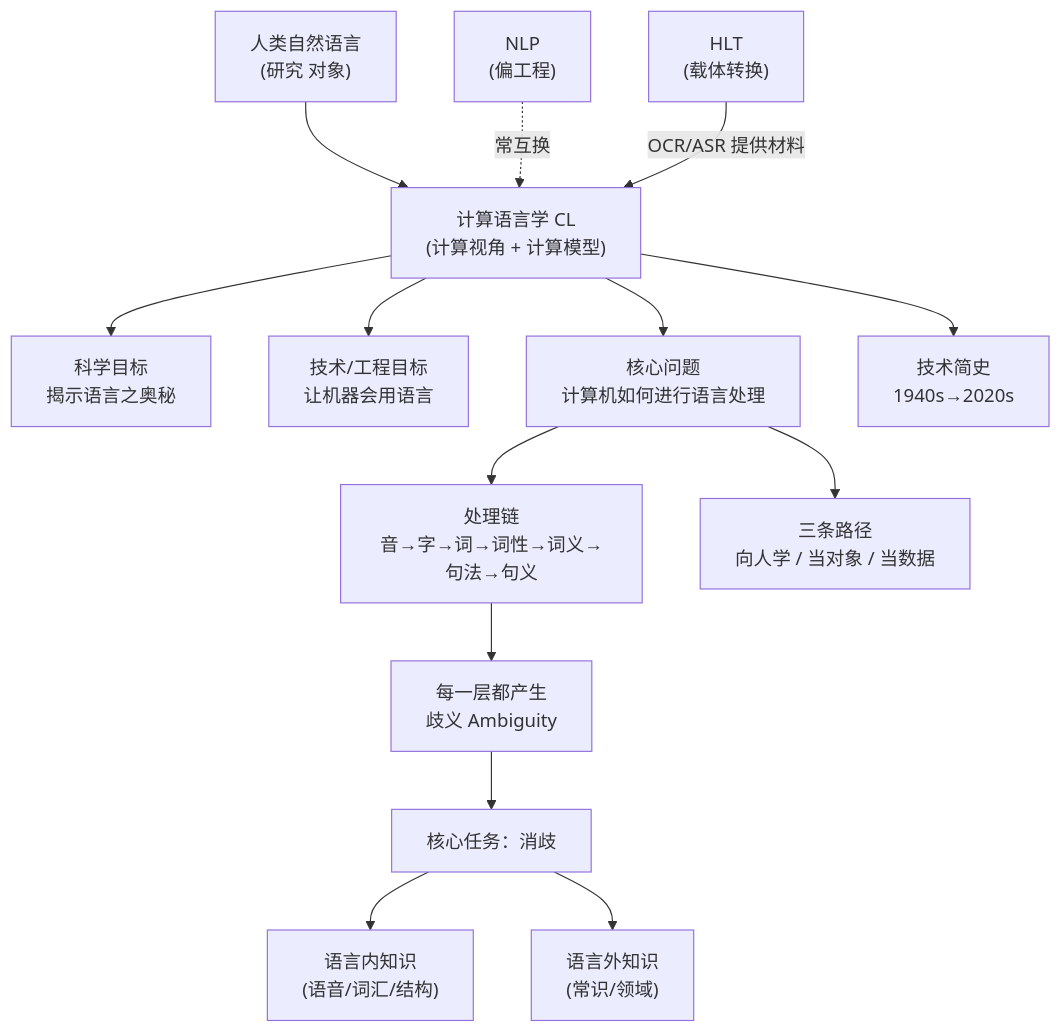
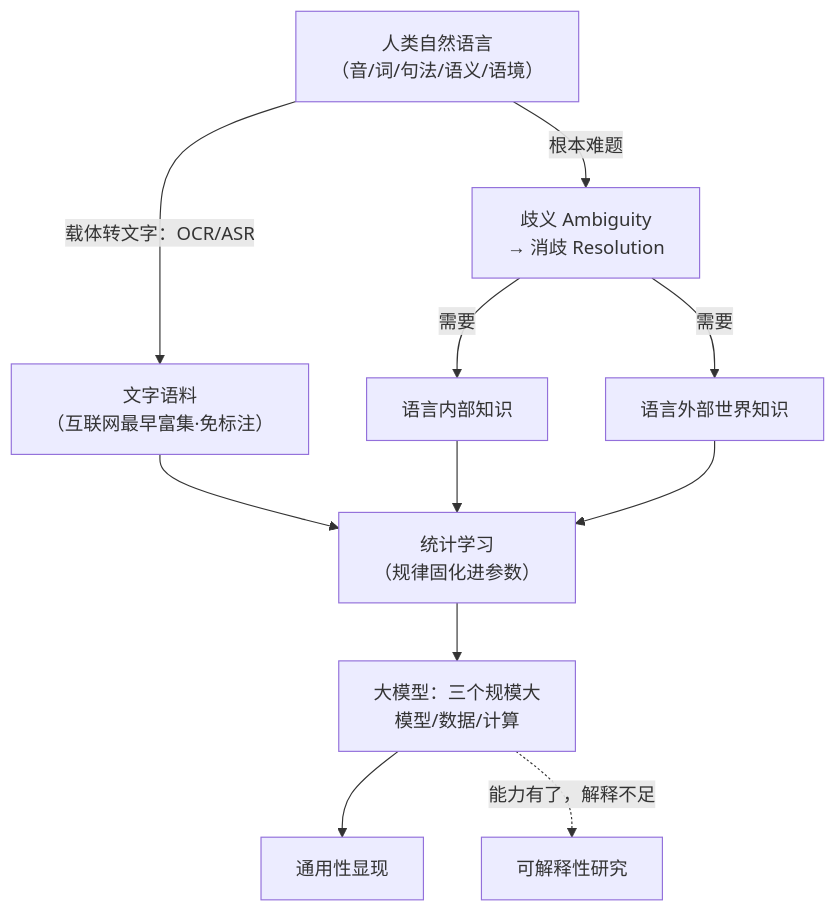
One commit to toff314/notes changed the diagram in computational-linguistics/01-introduction/outline.md. Above: the diagram before and after it, drawn with Mermaid. The commit also changed other lines of this file and 65 other files, not shown here.

````diff
--- a/computational-linguistics/01-introduction/outline.md
+++ b/computational-linguistics/01-introduction/outline.md
@@ -17,16 +18,13 @@
 ```mermaid
 flowchart TD
-    L["人类自然语言<br/>(研究 对象)"] --> CL["计算语言学 CL<br/>(计算视角 + 计算模型)"]
-    CL --> G1["科学目标<br/>揭示语言之奥秘"]
-    CL --> G2["技术/工程目标<br/>让机器会用语言"]
-    NLP["NLP<br/>(偏工程)"] -.常互换.-> CL
-    HLT["HLT<br/>(载体转换)"] -- "OCR/ASR 提供材料" --> CL
-    CL --> CORE["核心问题<br/>计算机如何进行语言处理"]
-    CORE --> CHAIN["处理链<br/>音→字→词→词性→词义→句法→句义"]
-    CHAIN --> AMB["每一层都产生<br/>歧义 Ambiguity"]
-    AMB --> RES["核心任务：消歧"]
-    RES --> K1["语言内知识<br/>(语音/词汇/结构)"]
-    RES --> K2["语言外知识<br/>(常识/领域)"]
-    CORE --> PATH["三条路径<br/>向人学 / 当对象 / 当数据"]
-    CL --> HIST["技术简史<br/>1940s→2020s"]
+    A["人类自然语言<br/>（音/词/句法/语义/语境）"] -->|"载体转文字：OCR/ASR"| B["文字语料<br/>（互联网最早富集·免标注）"]
+    B --> C["统计学习<br/>（规律固化进参数）"]
+    A -->|"根本难题"| D["歧义 Ambiguity<br/>→ 消歧 Resolution"]
+    D -->|"需要"| E["语言内部知识"]
+    D -->|"需要"| F["语言外部世界知识"]
+    E --> C
+    F --> C
+    C --> G["大模型：三个规模大<br/>模型/数据/计算"]
+    G --> H["通用性显现"]
+    G -.->|"能力有了，解释不足"| I["可解释性研究"]
 ```
````
